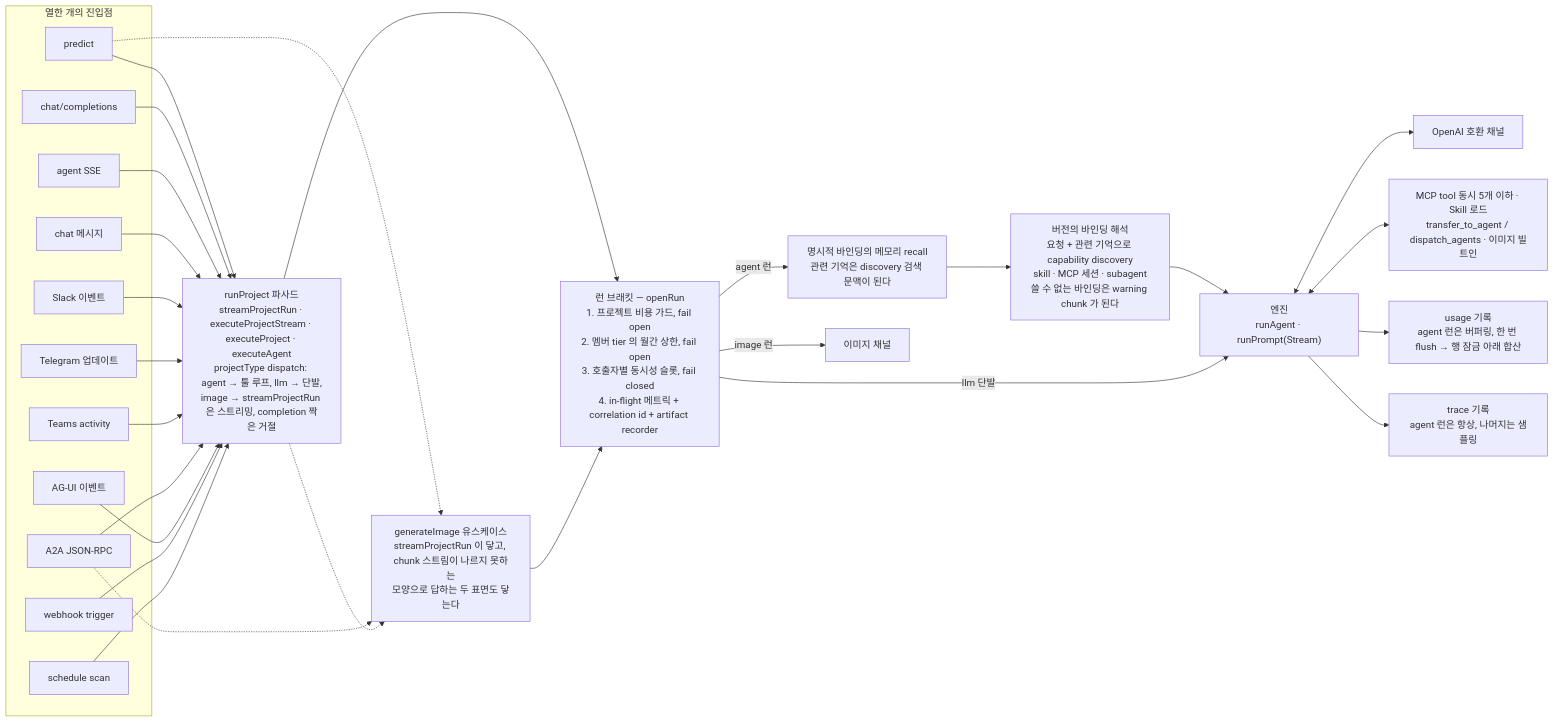
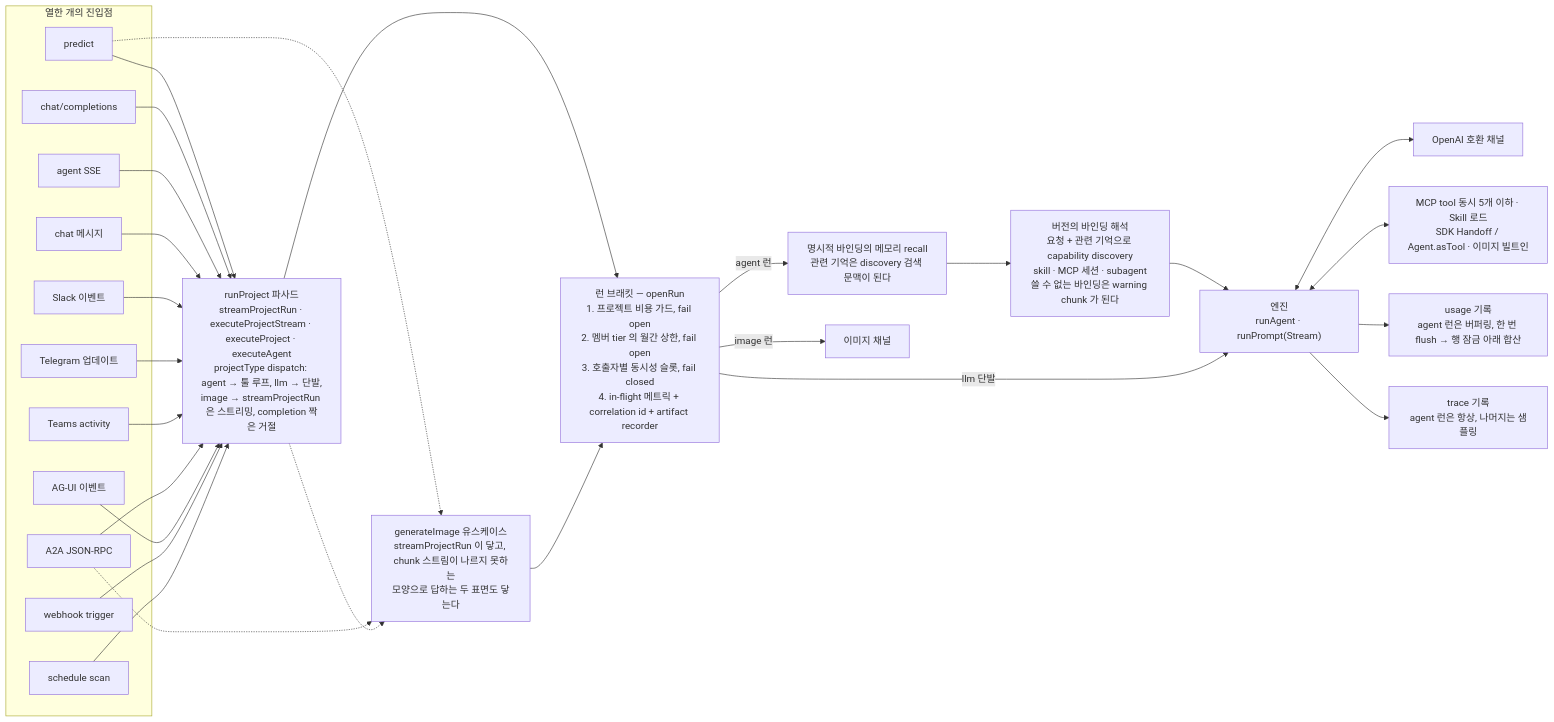
One commit to opspresso/agent-studio changed the second of 4 diagrams in docs/ARCHITECTURE.md. Above: the diagram before and after it, drawn with Mermaid. The commit also changed other lines of this file and 12 other files, not shown here.

````diff
--- a/docs/ARCHITECTURE.md
+++ b/docs/ARCHITECTURE.md
@@ -412,52 +414,52 @@
 ```mermaid
 flowchart LR
   subgraph surfaces["열한 개의 진입점"]
     predict["predict"]
     cc["chat/completions"]
     agentsse["agent SSE"]
     chat["chat 메시지"]
     slack["Slack 이벤트"]
     telegram["Telegram 업데이트"]
     teams["Teams activity"]
     a2a["A2A JSON-RPC"]
     agui["AG-UI 이벤트"]
     webhook["webhook trigger"]
     schedule["schedule scan"]
   end
 
   facade["runProject 파사드<br/>streamProjectRun · executeProjectStream · executeProject · executeAgent<br/>projectType dispatch: agent → 툴 루프, llm → 단발,<br/>image → streamProjectRun 은 스트리밍, completion 짝은 거절"]
   imageuc["generateImage 유스케이스<br/>streamProjectRun 이 닿고, chunk 스트림이 나르지 못하는<br/>모양으로 답하는 두 표면도 닿는다"]
   bracket["런 브래킷 — openRun<br/>1. 프로젝트 비용 가드, fail open<br/>2. 멤버 tier 의 월간 상한, fail open<br/>3. 호출자별 동시성 슬롯, fail closed<br/>4. in-flight 메트릭 + correlation id + artifact recorder"]
   memory["명시적 바인딩의 메모리 recall<br/>관련 기억은 discovery 검색 문맥이 된다"]
   resolve["버전의 바인딩 해석<br/>요청 + 관련 기억으로 capability discovery<br/>skill · MCP 세션 · subagent<br/>쓸 수 없는 바인딩은 warning chunk 가 된다"]
   engine["엔진<br/>runAgent · runPrompt(Stream)"]
   channel["OpenAI 호환 채널"]
   imagechannel["이미지 채널"]
-  tools["MCP tool 동시 5개 이하 · Skill 로드<br/>transfer_to_agent / dispatch_agents · 이미지 빌트인"]
+  tools["MCP tool 동시 5개 이하 · Skill 로드<br/>SDK Handoff / Agent.asTool · 이미지 빌트인"]
   usage["usage 기록<br/>agent 런은 버퍼링, 한 번 flush → 행 잠금 아래 합산"]
   trace["trace 기록<br/>agent 런은 항상, 나머지는 샘플링"]
 
   predict --> facade
   cc --> facade
   agentsse --> facade
   chat --> facade
   slack --> facade
   telegram --> facade
   teams --> facade
   a2a --> facade
   agui --> facade
   webhook --> facade
   schedule --> facade
   predict -.-> imageuc
   a2a -.-> imageuc
   facade -.-> imageuc
   facade --> bracket
   imageuc --> bracket
   bracket -->|"agent 런"| memory --> resolve --> engine
   bracket -->|"llm 단발"| engine
   bracket -->|"image 런"| imagechannel
   engine <--> channel
   engine <--> tools
   engine --> usage
   engine --> trace
 ```
````
